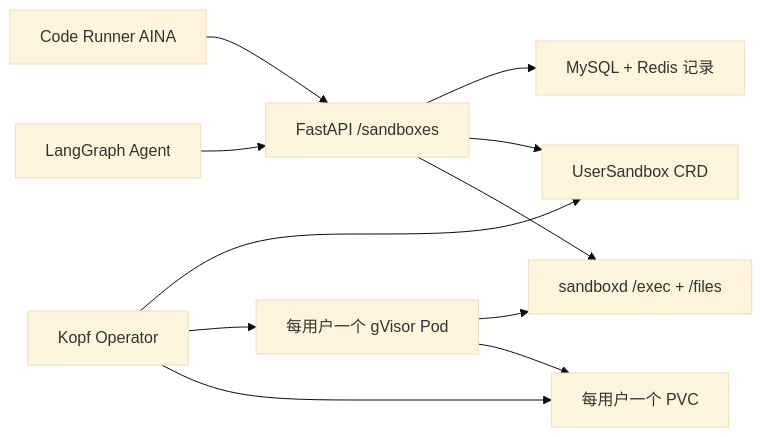
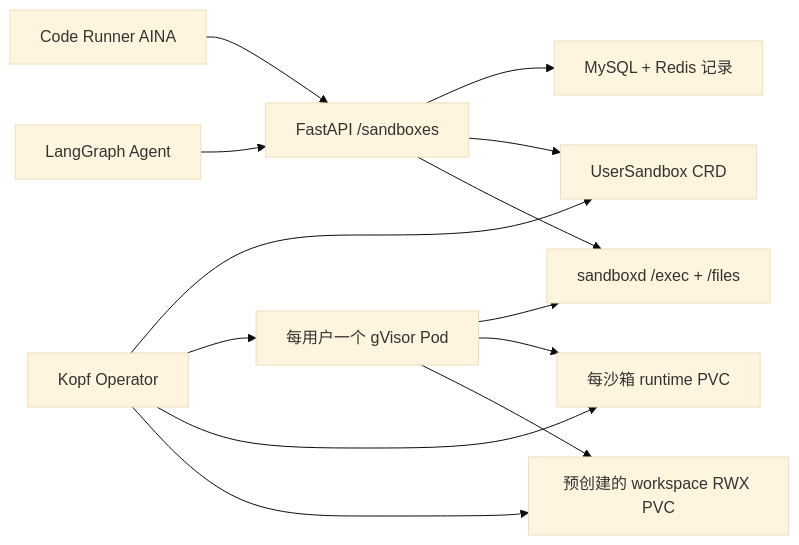
The diagram in docs/sandbox-platform.md (Tianzhou-Agent/Unibot), drawn with Mermaid (base theme) before and after one commit. The commit also changed other lines of this file and 63 other files, not shown here.

````diff
--- a/docs/sandbox-platform.md
+++ b/docs/sandbox-platform.md
@@ -15,13 +15,15 @@
 ```mermaid
 flowchart LR
     UI["Code Runner AINA"] --> API["FastAPI /sandboxes"]
     Agent["LangGraph Agent"] --> API
     API --> Repo["MySQL + Redis 记录"]
     API --> CR["UserSandbox CRD"]
     Operator["Kopf Operator"] --> CR
     Operator --> Pod["每用户一个 gVisor Pod"]
-    Operator --> PVC["每用户一个 PVC"]
+    Operator --> RuntimePVC["每沙箱 runtime PVC"]
+    Operator --> SharedPVC["预创建的 workspace RWX PVC"]
     API --> Sandboxd["sandboxd /exec + /files"]
     Pod --> Sandboxd
-    Pod --> PVC
+    Pod --> RuntimePVC
+    Pod --> SharedPVC
 ```
````
